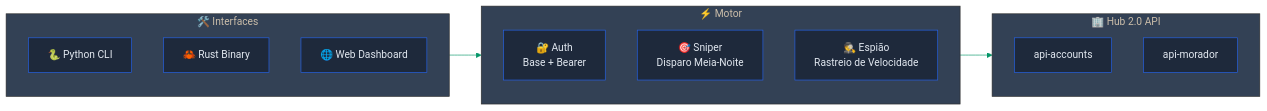
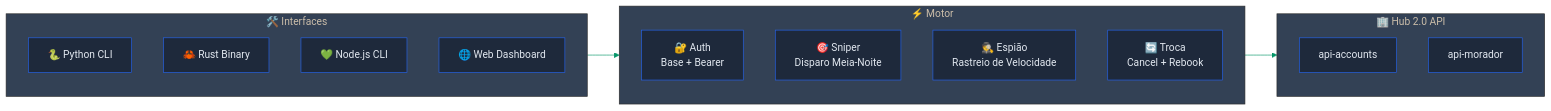
The first of 2 diagrams in README.md (Heartbreaking-array216/hub20-hack), drawn with Mermaid before and after one commit. The commit also changed other lines of this file, not shown here.

First line of the commit message:
Update README — add Node.js, trocar feature, rename to hub20-hack

````diff
--- a/README.md
+++ b/README.md
@@ -28,24 +29,26 @@
 ```mermaid
 %%{init: {'theme': 'base', 'themeVariables': { 'primaryColor': '#1e293b', 'primaryTextColor': '#e2e8f0', 'primaryBorderColor': '#2563eb', 'lineColor': '#059669', 'secondaryColor': '#0f172a', 'tertiaryColor': '#334155'}}}%%
 flowchart LR
     subgraph Tools["🛠️ Interfaces"]
         PY["🐍 Python CLI"]
         RS["🦀 Rust Binary"]
+        JS["💚 Node.js CLI"]
         WEB["🌐 Web Dashboard"]
     end
 
     subgraph Core["⚡ Motor"]
         direction TB
         AUTH["🔐 Auth<br/>Base + Bearer"]
         SNIPER["🎯 Sniper<br/>Disparo Meia-Noite"]
         SPY["🕵️ Espião<br/>Rastreio de Velocidade"]
+        SWAP["🔄 Troca<br/>Cancel + Rebook"]
     end
 
     subgraph API["🏢 Hub 2.0 API"]
         ACC["api-accounts"]
         MOR["api-morador"]
     end
 
     Tools --> Core
     Core --> API
 ```
````
